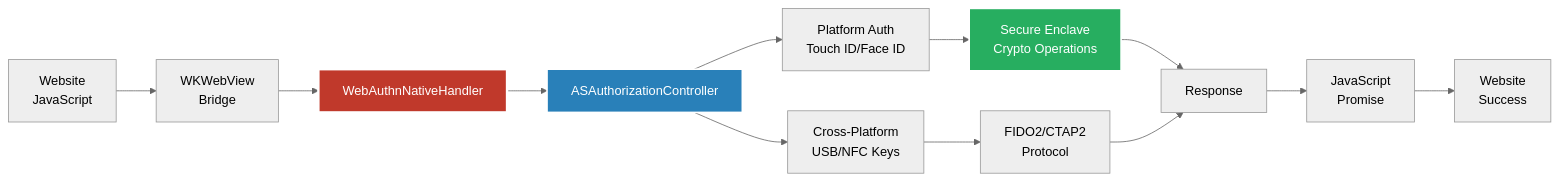
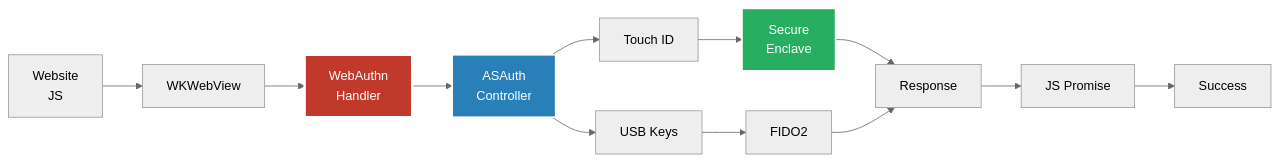
One commit to webauthnai/Web-Man changed the sixth of 7 diagrams in README.md. Above: the diagram before and after it, drawn with Mermaid (neutral theme). The commit also changed other lines of this file, not shown here.

Commit message:
updated read me

````diff
--- a/README.md
+++ b/README.md
@@ -288,21 +288,21 @@
 ```mermaid
 graph LR
-    A[Website<br/>JavaScript] --> B[WKWebView<br/>Bridge]
-    B --> C[WebAuthnNativeHandler]
-    C --> D[ASAuthorizationController]
+    A[Website<br/>JS] --> B[WKWebView]
+    B --> C[WebAuthn<br/>Handler]
+    C --> D[ASAuth<br/>Controller]
     
-    D --> E[Platform Auth<br/>Touch ID/Face ID]
-    D --> F[Cross-Platform<br/>USB/NFC Keys]
+    D --> E[Touch ID]
+    D --> F[USB Keys]
     
-    E --> G[Secure Enclave<br/>Crypto Operations]
-    F --> H[FIDO2/CTAP2<br/>Protocol]
+    E --> G[Secure<br/>Enclave]
+    F --> H[FIDO2]
     
     G --> I[Response]
     H --> I
-    I --> J[JavaScript<br/>Promise]
-    J --> K[Website<br/>Success]
+    I --> J[JS Promise]
+    J --> K[Success]
     
     style C fill:#c0392b,stroke:#fff,stroke-width:3px,color:#fff
     style D fill:#2980b9,stroke:#fff,stroke-width:2px,color:#fff
     style G fill:#27ae60,stroke:#fff,stroke-width:2px,color:#fff
 ```
````
